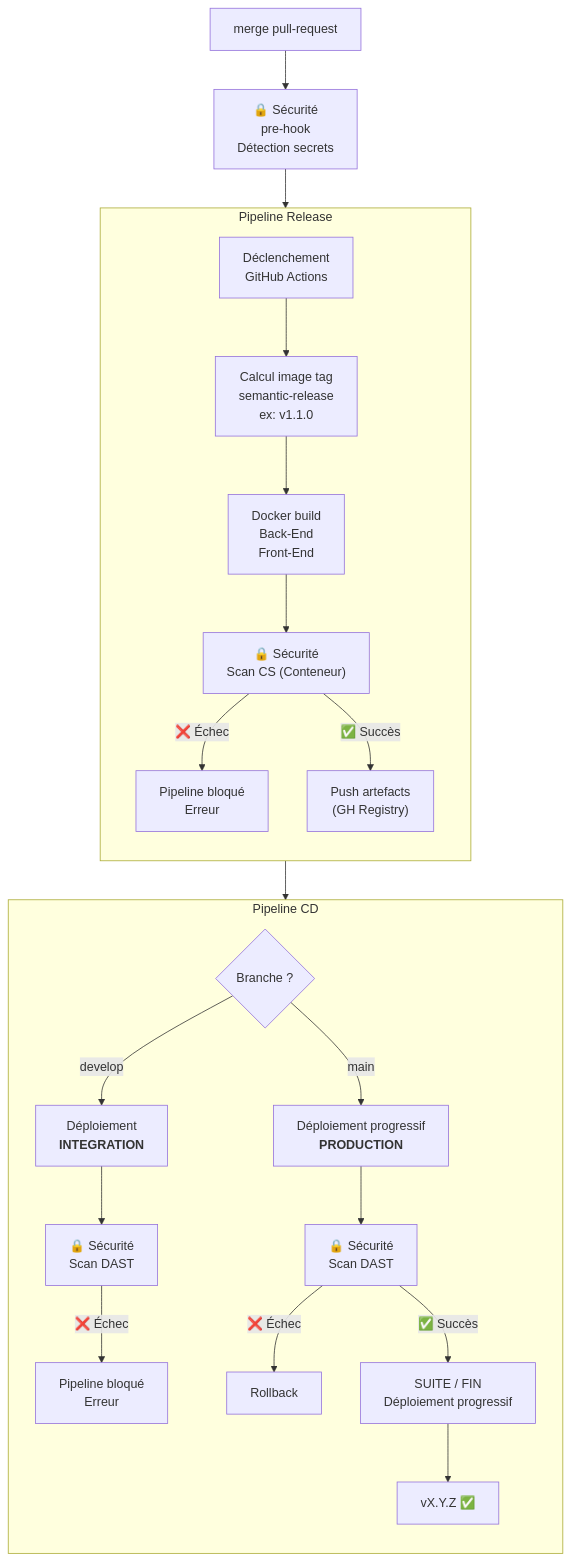
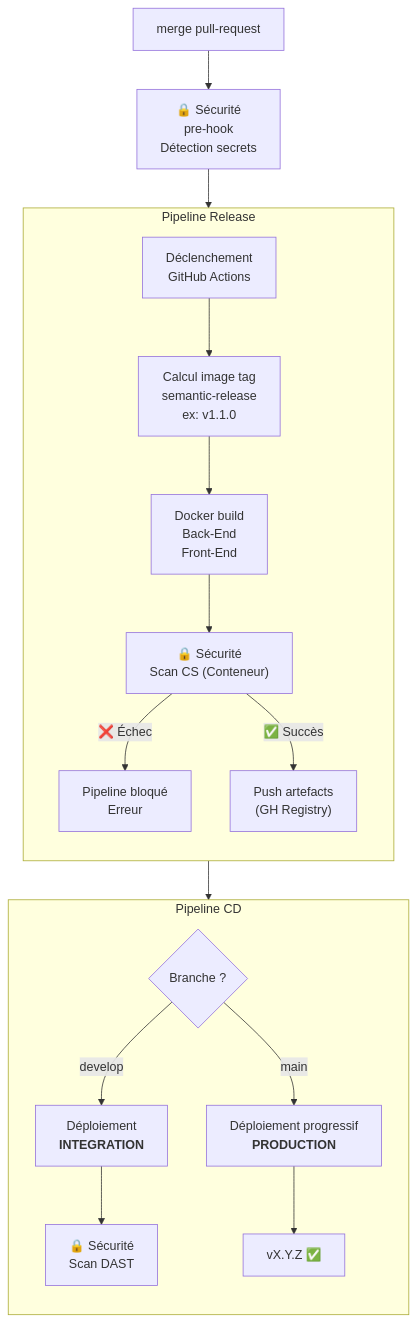
The diagram in docs/pipeline-cd.md (Project9-Organisation/Project9-Integration), drawn with Mermaid before and after one commit. The commit also changed other lines of this file and 3 other files, not shown here.

````diff
--- a/docs/pipeline-cd.md
+++ b/docs/pipeline-cd.md
@@ -37,64 +33,55 @@
 ```mermaid
 
     flowchart TD
 
     %% =========================
     %% Déclenchement
     %% =========================
 
     A["merge pull-request"]
     --> B["🔒 Sécurité<br/>pre-hook<br/>Détection secrets"]
 
     B --> C["Déclenchement<br/>GitHub Actions"]
 
     
     %% =========================
     %% PIPELINE RELEASE
     %% =========================
     
     subgraph RELEASE["Pipeline Release"]
 
         direction TB
 
         C --> TAG["Calcul image tag<br/>semantic-release<br/>ex: v1.1.0"]
 
         TAG --> DOCKER["Docker build<br/>Back-End<br/>Front-End"]
 
         DOCKER --> CS["🔒 Sécurité<br/>Scan CS (Conteneur)"]
 
         CS -->|❌ Échec| RELERR["Pipeline bloqué<br/>Erreur"]
 
         CS -->|✅ Succès| PUSH["Push artefacts<br/>(GH Registry)"]
 
     end
 
     %% =========================
     %% PIPELINE CD
     %% =========================
 
     PUSH --> ENV{"Branche ?"}
 
     subgraph CD["Pipeline CD"]
 
         direction TB
 
         ENV -->|develop| INT["Déploiement<br/><b>INTEGRATION</b>"]
 
         INT --> DAST_INT["🔒 Sécurité<br/>Scan DAST"]
-
-        DAST_INT -->|❌ Échec| CDERR["Pipeline bloqué<br/>Erreur"]
-
-
+        
         ENV -->|main| PROD["Déploiement progressif<br/><b>PRODUCTION</b>"]
 
-        PROD --> DAST_PROD["🔒 Sécurité<br/>Scan DAST"]
-
-        DAST_PROD -->|❌ Échec| ROLLBACK["Rollback"]
-
-        DAST_PROD -->|✅ Succès| FIN["SUITE / FIN<br/>Déploiement progressif"]
-
-        FIN --> VERSION["vX.Y.Z ✅"]
+        PROD --> VERSION["vX.Y.Z ✅"]
 
     end
 
 ```
````
